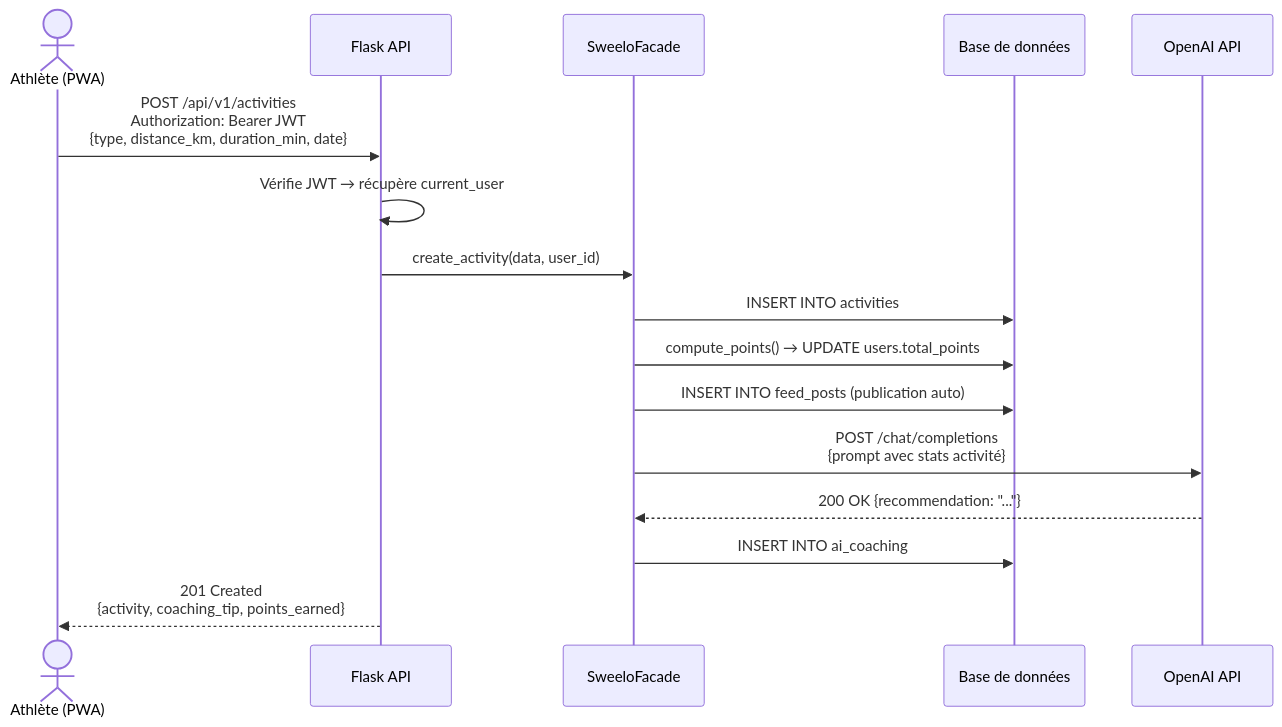
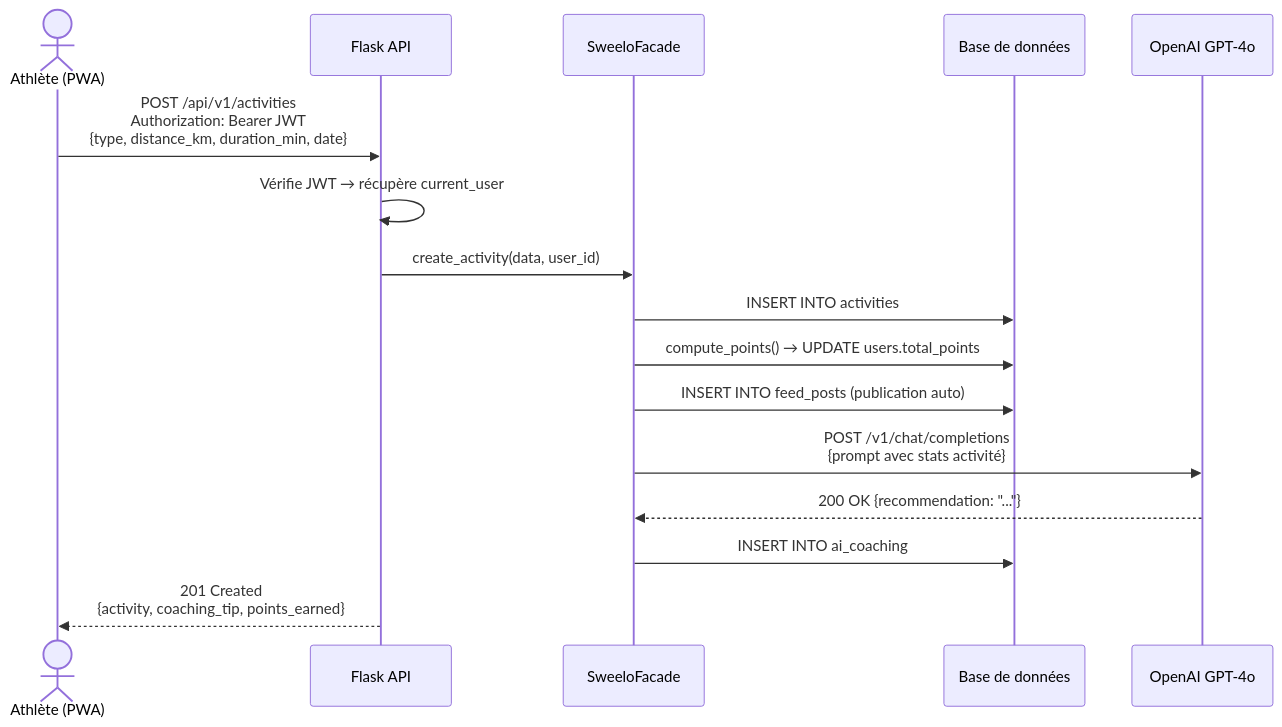
One commit to arthurmoulard/Sweelo_APP changed the fourth of 10 diagrams in README.md. Above: the diagram before and after it, drawn with Mermaid. The commit also changed other lines of this file, not shown here.

Commit message:
docs: enhance README with content moderation details, including OpenAI API integration and user stories

````diff
--- a/README.md
+++ b/README.md
@@ -348,19 +395,19 @@
 ```mermaid
 sequenceDiagram
     actor U as Athlète (PWA)
     participant API as Flask API
     participant F as SweeloFacade
     participant DB as Base de données
-    participant AI as OpenAI API
+    participant AI as OpenAI GPT-4o
 
     U->>API: POST /api/v1/activities<br/>Authorization: Bearer JWT<br/>{type, distance_km, duration_min, date}
     API->>API: Vérifie JWT → récupère current_user
     API->>F: create_activity(data, user_id)
     F->>DB: INSERT INTO activities
     F->>DB: compute_points() → UPDATE users.total_points
     F->>DB: INSERT INTO feed_posts (publication auto)
-    F->>AI: POST /chat/completions<br/>{prompt avec stats activité}
+    F->>AI: POST /v1/chat/completions<br/>{prompt avec stats activité}
     AI-->>F: 200 OK {recommendation: "..."}
     F->>DB: INSERT INTO ai_coaching
     API-->>U: 201 Created<br/>{activity, coaching_tip, points_earned}
 ```
````
